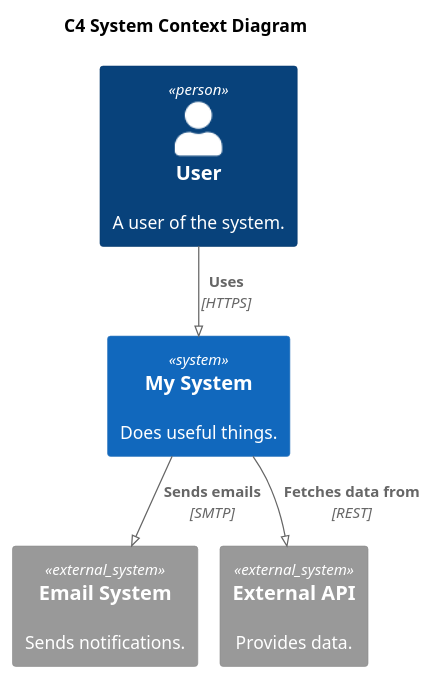
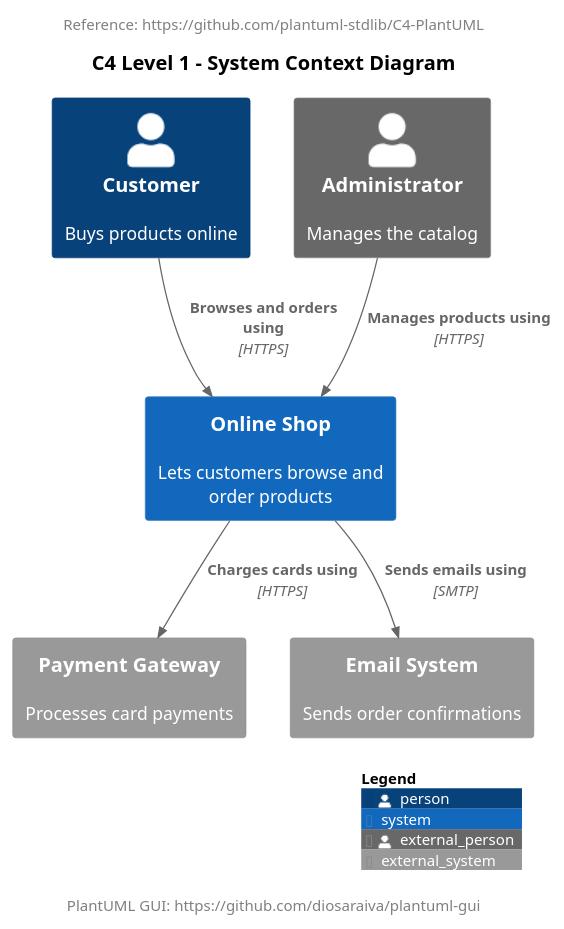
The diagram in plantuml-gui-java/src/main/resources/plantuml/samples/c4_context.puml (diosaraiva/plantuml-gui), drawn with PlantUML before and after one commit. The commit also changed 68 other files, not shown here.

```diff
--- a/plantuml-gui-java/src/main/resources/plantuml/samples/c4_context.puml
+++ b/plantuml-gui-java/src/main/resources/plantuml/samples/c4_context.puml
@@ -1,18 +1,57 @@
 @startuml
-!pragma layout smetana
+' ---- Customizations ----
+<style>
+title {
+  HorizontalAlignment center
+  FontSize 16
+  FontColor black
+}
+
+header {
+  HorizontalAlignment center
+  FontSize 12
+  FontColor gray
+}
+
+footer {
+  HorizontalAlignment center
+  FontSize 12
+  FontColor gray
+}
+
+legend {
+  FontSize 12
+  BackGroundColor white
+}
+
+caption {
+  FontSize 32
+}
+</style>
+
+header Reference: https://github.com/plantuml-stdlib/C4-PlantUML
+
+footer PlantUML GUI: https://github.com/diosaraiva/plantuml-gui 
+
+title C4 Level 1 - System Context Diagram
+
+' ---- Includes ----
 !include <C4/C4_Context>
 
-title C4 System Context Diagram
+' ---- Elements ----
+Person(customer, "Customer", "Buys products online")
+Person_Ext(admin, "Administrator", "Manages the catalog")
 
-' ---- Elements ----
-Person(user, "User", "A user of the system.")
-System(system, "My System", "Does useful things.")
-System_Ext(email, "Email System", "Sends notifications.")
-System_Ext(ext, "External API", "Provides data.")
+System(shop, "Online Shop", "Lets customers browse and order products")
 
-' ---- Relations ----
-Rel(user, system, "Uses", "HTTPS")
-Rel(system, email, "Sends emails", "SMTP")
-Rel(system, ext, "Fetches data from", "REST")
+System_Ext(payment, "Payment Gateway", "Processes card payments")
+System_Ext(email, "Email System", "Sends order confirmations")
+
+Rel(customer, shop, "Browses and orders using", "HTTPS")
+Rel(admin, shop, "Manages products using", "HTTPS")
+Rel(shop, payment, "Charges cards using", "HTTPS")
+Rel(shop, email, "Sends emails using", "SMTP")
+
+SHOW_LEGEND()
 
 @enduml
```
